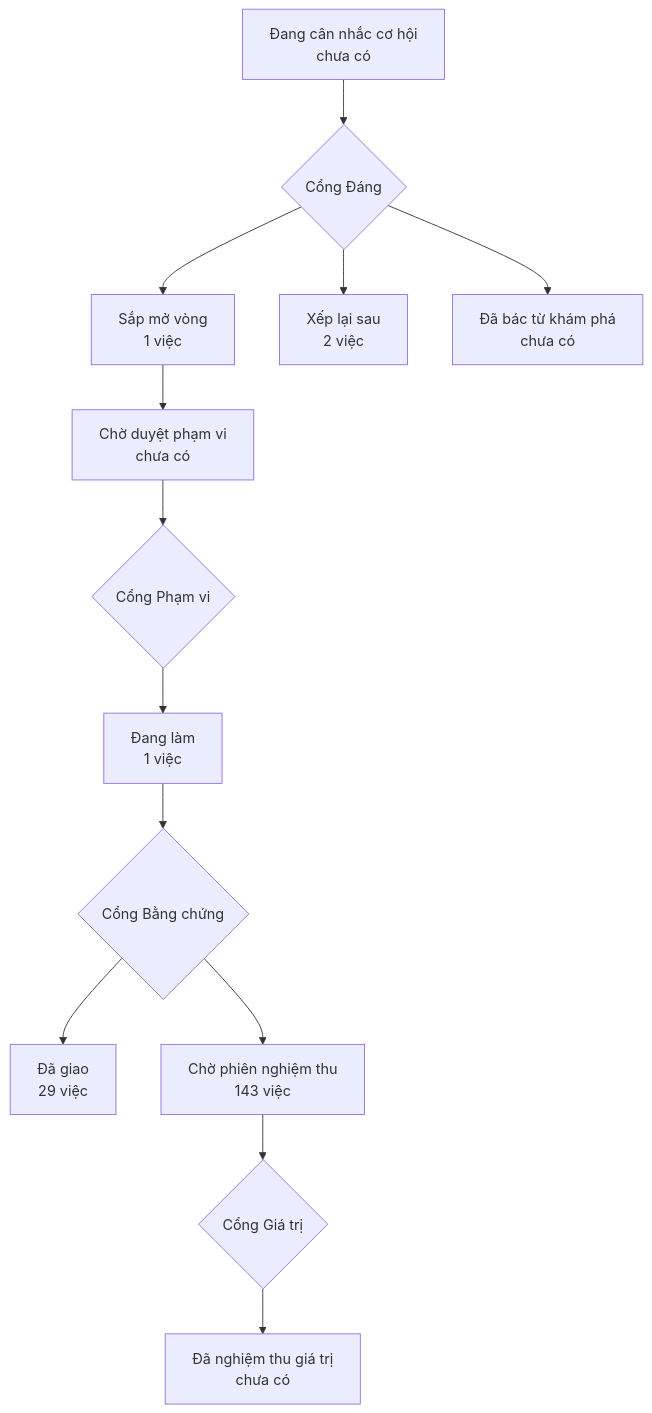
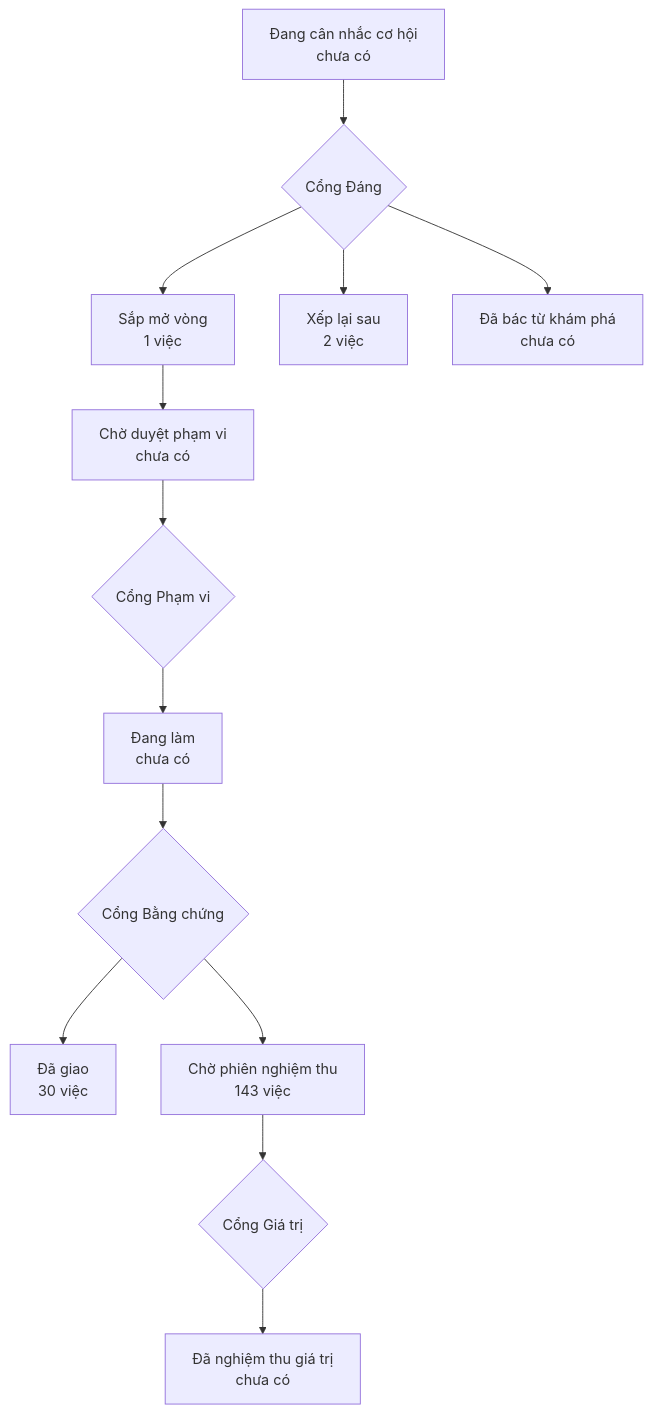
The diagram in PRODUCT-MAP.md (phanlemanh/onehub-quy-hang), drawn with Mermaid before and after one commit. The commit also changed other lines of this file and 6 other files, not shown here.

````diff
--- a/PRODUCT-MAP.md
+++ b/PRODUCT-MAP.md
@@ -7,12 +7,12 @@
 ```mermaid
 flowchart TD
   A["Đang cân nhắc cơ hội<br/>chưa có"] --> GD{"Cổng Đáng"}
   GD --> B["Sắp mở vòng<br/>1 việc"]
   GD --> XL["Xếp lại sau<br/>2 việc"]
   GD --> DB["Đã bác từ khám phá<br/>chưa có"]
   B --> CD["Chờ duyệt phạm vi<br/>chưa có"] --> GP{"Cổng Phạm vi"}
-  GP --> DL["Đang làm<br/>1 việc"] --> GB{"Cổng Bằng chứng"}
-  GB --> DG["Đã giao<br/>29 việc"]
+  GP --> DL["Đang làm<br/>chưa có"] --> GB{"Cổng Bằng chứng"}
+  GB --> DG["Đã giao<br/>30 việc"]
   GB --> CN["Chờ phiên nghiệm thu<br/>143 việc"] --> GG{"Cổng Giá trị"}
   GG --> NT["Đã nghiệm thu giá trị<br/>chưa có"]
 ```
````
